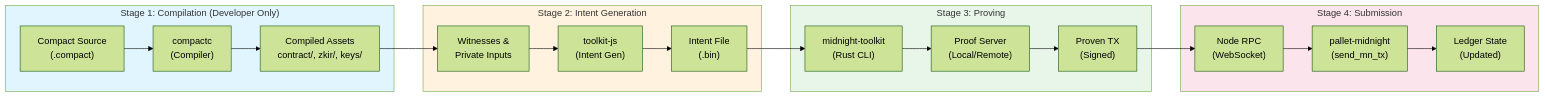
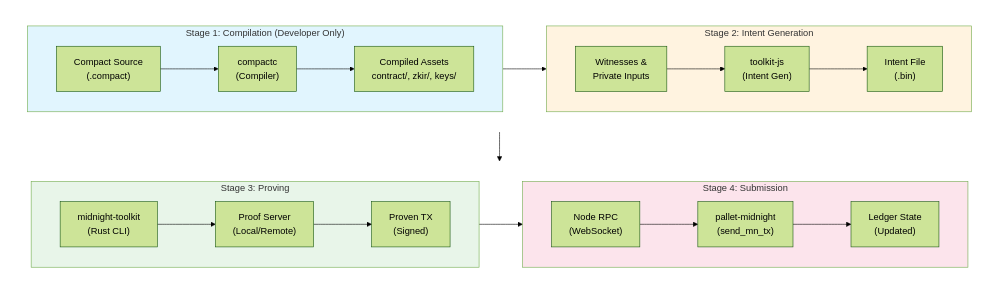
One commit to ADGLx/midnight-node changed the first of 4 diagrams in docs/COMPACT-CONTRACT-DEPLOYMENT.md. Above: the diagram before and after it, drawn with Mermaid (forest theme).

Commit message:
docs: reorganize data flow diagram to 2x2 layout
Changed flowchart from single horizontal row to Z-pattern:
- Row 1: Stage 1 (Compilation) → Stage 2 (Intent Generation)
- Row 2: Stage 3 (Proving) → Stage 4 (Submission)

Flow now reads left-to-right, down, then left-to-right for
better screen space utilization.

````diff
--- a/docs/COMPACT-CONTRACT-DEPLOYMENT.md
+++ b/docs/COMPACT-CONTRACT-DEPLOYMENT.md
@@ -20,30 +20,45 @@
 ```mermaid
-flowchart LR
-    subgraph compilation["Stage 1: Compilation (Developer Only)"]
-        A["Compact Source<br/>(.compact)"] --> B["compactc<br/>(Compiler)"]
-        B --> C["Compiled Assets<br/>contract/, zkir/, keys/"]
+flowchart TB
+    subgraph row1[" "]
+        direction LR
+        subgraph compilation["Stage 1: Compilation (Developer Only)"]
+            direction LR
+            A["Compact Source<br/>(.compact)"] --> B["compactc<br/>(Compiler)"]
+            B --> C["Compiled Assets<br/>contract/, zkir/, keys/"]
+        end
+
+        subgraph intent["Stage 2: Intent Generation"]
+            direction LR
+            D["Witnesses &<br/>Private Inputs"] --> E["toolkit-js<br/>(Intent Gen)"]
+            E --> F["Intent File<br/>(.bin)"]
+        end
+
+        compilation --> intent
     end
 
-    subgraph intent["Stage 2: Intent Generation"]
-        C --> D["Witnesses &<br/>Private Inputs"]
-        D --> E["toolkit-js<br/>(Intent Gen)"]
-        E --> F["Intent File<br/>(.bin)"]
+    subgraph row2[" "]
+        direction LR
+        subgraph proving["Stage 3: Proving"]
+            direction LR
+            G["midnight-toolkit<br/>(Rust CLI)"] --> H["Proof Server<br/>(Local/Remote)"]
+            H --> I["Proven TX<br/>(Signed)"]
+        end
+
+        subgraph submission["Stage 4: Submission"]
+            direction LR
+            J["Node RPC<br/>(WebSocket)"] --> K["pallet-midnight<br/>(send_mn_tx)"]
+            K --> L["Ledger State<br/>(Updated)"]
+        end
+
+        proving --> submission
     end
 
-    subgraph proving["Stage 3: Proving"]
-        F --> G["midnight-toolkit<br/>(Rust CLI)"]
-        G --> H["Proof Server<br/>(Local/Remote)"]
-        H --> I["Proven TX<br/>(Signed)"]
-    end
+    row1 --> row2
 
-    subgraph submission["Stage 4: Submission"]
-        I --> J["Node RPC<br/>(WebSocket)"]
-        J --> K["pallet-midnight<br/>(send_mn_tx)"]
-        K --> L["Ledger State<br/>(Updated)"]
-    end
-
+    style row1 fill:none,stroke:none
+    style row2 fill:none,stroke:none
     style compilation fill:#e1f5fe
     style intent fill:#fff3e0
     style proving fill:#e8f5e9
     style submission fill:#fce4ec
 ```
````
